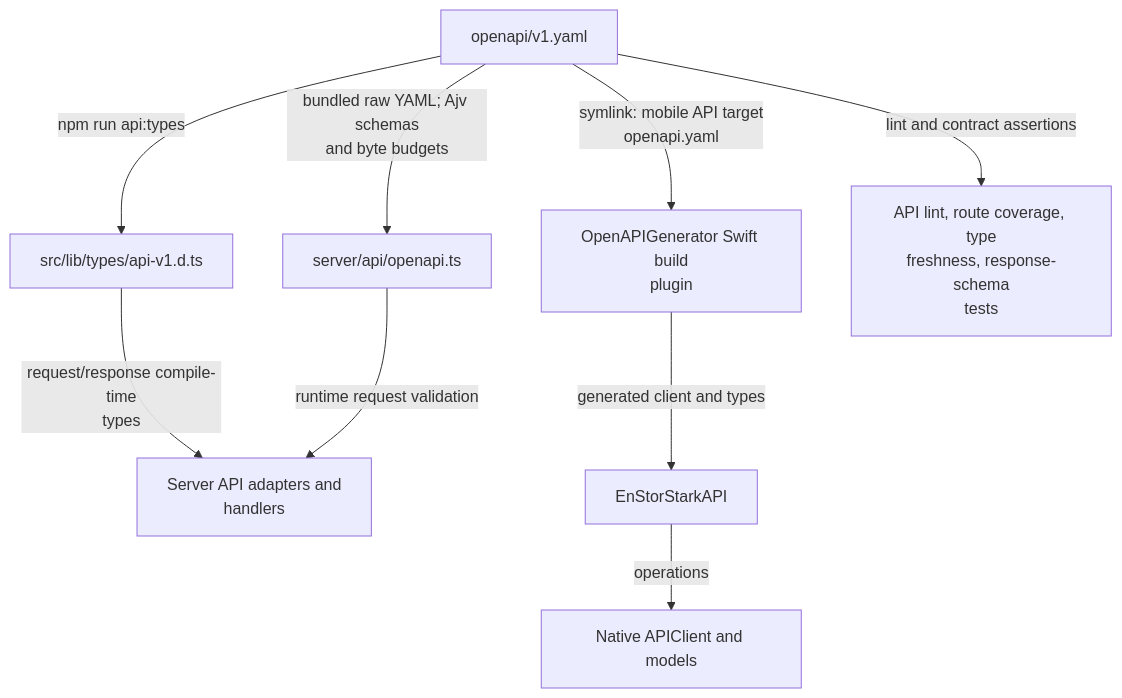
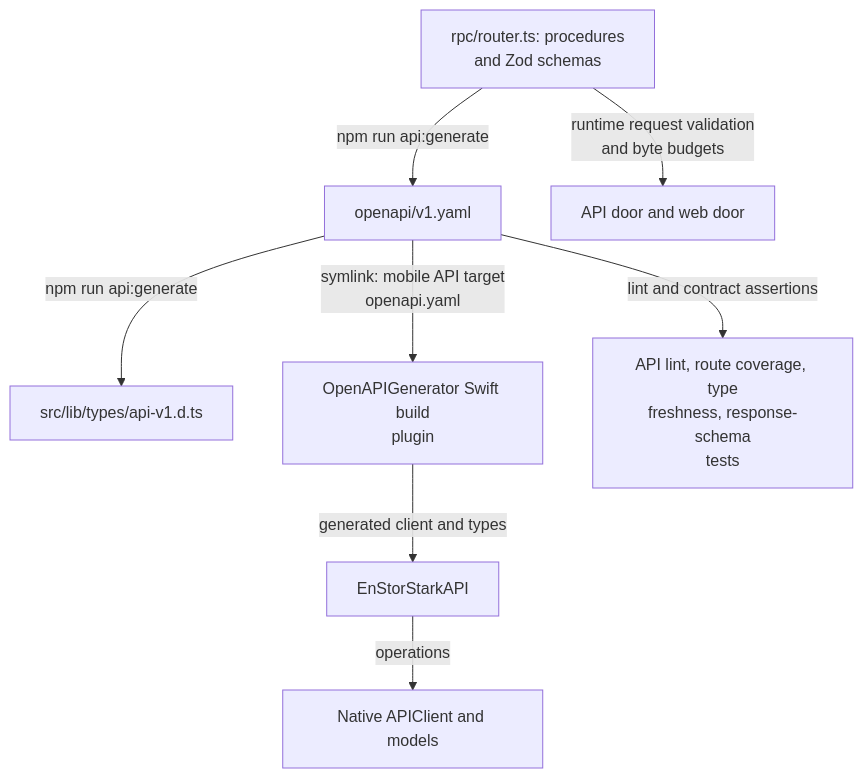
Before and after one commit to jonathan-lindqvist/enstorstarkreview: the diagram in openapi/README.md, drawn with Mermaid. The commit also changed other lines of this file and 17 other files, not shown here.

````diff
--- a/openapi/README.md
+++ b/openapi/README.md
@@ -11,11 +13,10 @@
 ```mermaid
 flowchart TD
-    Spec["openapi/v1.yaml"] -->|"npm run api:types"| TS["src/lib/types/api-v1.d.ts"]
-    TS -->|"request/response compile-time<br/>types"| Adapters["Server API adapters and<br/>handlers"]
-    Spec -->|"bundled raw YAML; Ajv schemas<br/>and byte budgets"| Runtime["server/api/openapi.ts"]
-    Runtime -->|"runtime request validation"| Adapters
+    Router["rpc/router.ts: procedures<br/>and Zod schemas"] -->|"npm run api:generate"| Spec["openapi/v1.yaml"]
+    Router -->|"runtime request validation<br/>and byte budgets"| Door["API door and web door"]
+    Spec -->|"npm run api:generate"| TS["src/lib/types/api-v1.d.ts"]
     Spec -->|"symlink: mobile API target<br/>openapi.yaml"| Swift["OpenAPIGenerator Swift build<br/>plugin"]
     Swift -->|"generated client and types"| Client["EnStorStarkAPI"]
     Client -->|"operations"| Models["Native APIClient and models"]
     Spec -->|"lint and contract assertions"| Tests["API lint, route coverage, type<br/>freshness, response-schema<br/>tests"]
 ```
````
